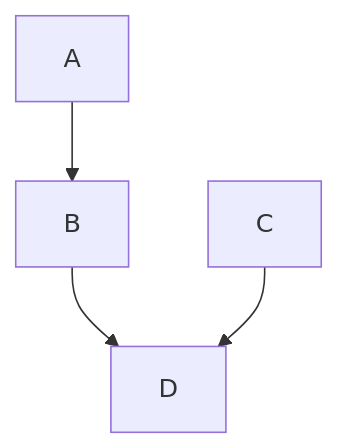
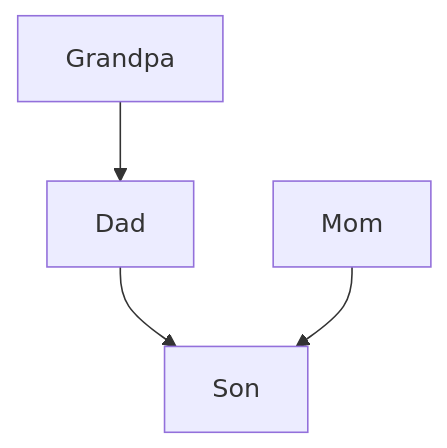
The diagram in Notes/February/006_Feb17/Readme.md (zmercury/cpp), drawn with Mermaid before and after one commit.

Commit message:
Feb 17 Update

````diff
--- a/Notes/February/006_Feb17/Readme.md
+++ b/Notes/February/006_Feb17/Readme.md
@@ -53,7 +53,7 @@
 ```mermaid
   graph TD;
-      A-->B;
-      C;
-      B-->D;
-      C-->D;
+      Grandpa-->Dad;
+      Mom;
+      Dad-->Son;
+      Mom-->Son;
 ```
````
